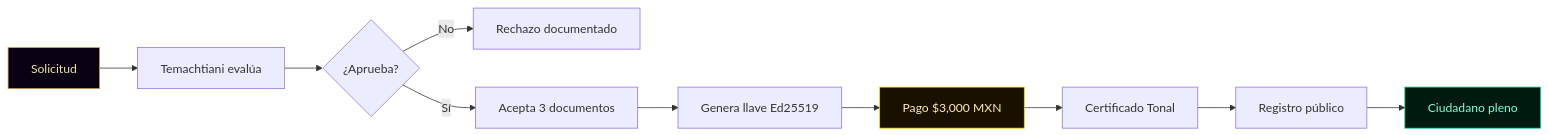
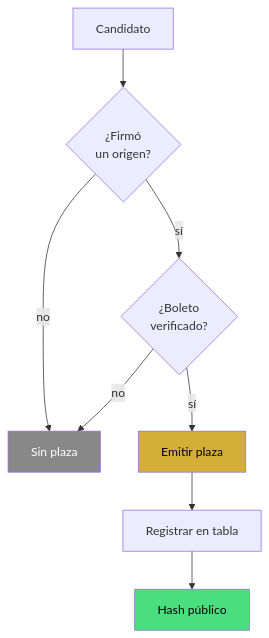
Before and after one commit to Marcorojas17/kronos-protocol: the second of 3 diagrams in docs/CIUDAD/CIUDADANOS.md, drawn with Mermaid. The commit also changed other lines of this file, not shown here.

Commit message:
🏛️ docs: ciudadanos — LIVEDOC v7.2 FLOW + MAPS

````diff
--- a/docs/CIUDAD/CIUDADANOS.md
+++ b/docs/CIUDAD/CIUDADANOS.md
@@ -285,16 +58,14 @@
 ```mermaid
-flowchart LR
-    A[Solicitud] --> B[Temachtiani evalúa]
-    B --> C{¿Aprueba?}
-    C -->|No| D[Rechazo documentado]
-    C -->|Sí| E[Acepta 3 documentos]
-    E --> F[Genera llave Ed25519]
-    F --> G[Pago $3,000 MXN]
-    G --> H[Certificado Tonal]
-    H --> I[Registro público]
-    I --> J[Ciudadano pleno]
+flowchart TD
+    A["Candidato"] --> B{"¿Firmó<br/>un origen?"}
+    B -->|no| X["Sin plaza"]
+    B -->|sí| C{"¿Boleto<br/>verificado?"}
+    C -->|no| X
+    C -->|sí| D["Emitir plaza"]
+    D --> E["Registrar en tabla"]
+    E --> F["Hash público"]
 
-    style A fill:#0a0014,stroke:#c9a44c,color:#f3e5ab
-    style G fill:#1a1000,stroke:#ffd700,color:#FFEDAB
-    style J fill:#001a10,stroke:#00cc88,color:#7BFFD4
+    style D fill:#D4AF37,color:#000
+    style F fill:#4ade80,color:#000
+    style X fill:#888,color:#fff
 ```
````
